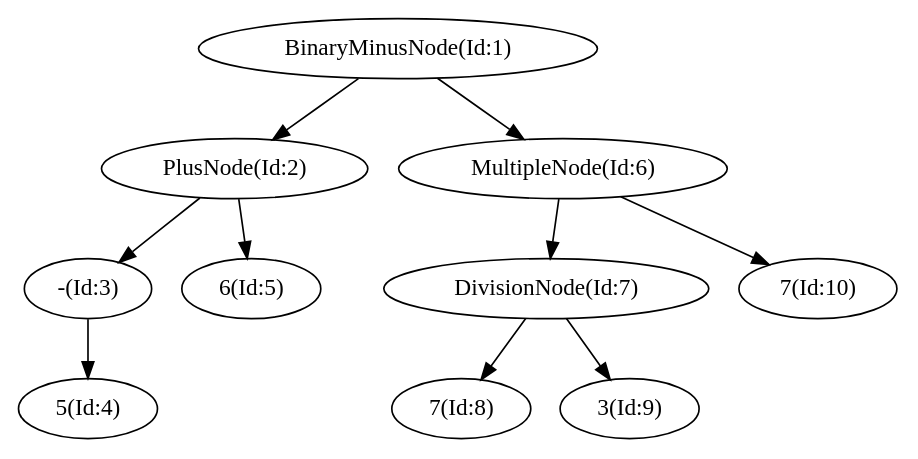
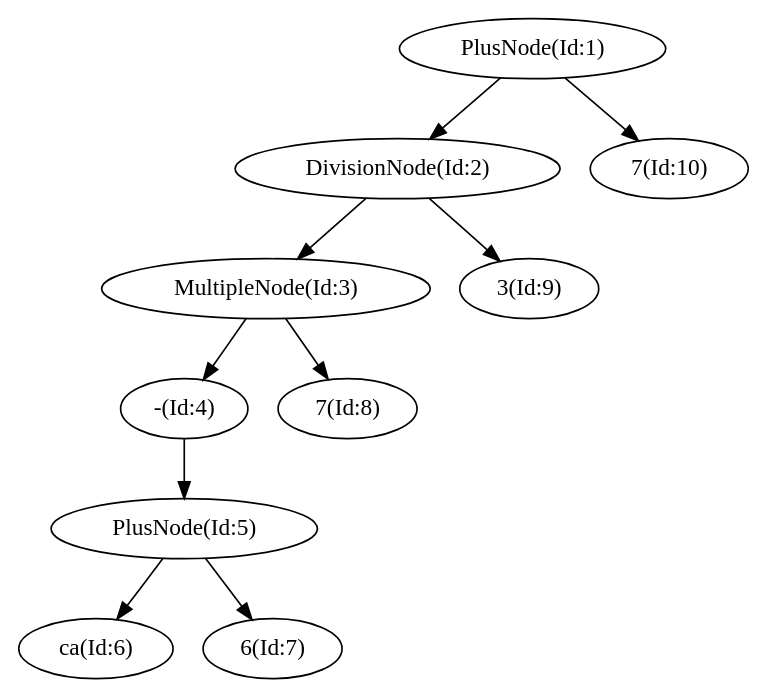
The diagram in Compiler/SyntacticalAnalyzerGenerator/LangFiles/astTree.dot (egoshin-igor/StateMachine), drawn with Graphviz before and after one commit. The commit also changed 9 other files, not shown here.

```diff
--- a/Compiler/SyntacticalAnalyzerGenerator/LangFiles/astTree.dot
+++ b/Compiler/SyntacticalAnalyzerGenerator/LangFiles/astTree.dot
@@ -1,1 +1,1 @@
-digraph G{"BinaryMinusNode(Id:1)"->"PlusNode(Id:2)";"BinaryMinusNode(Id:1)"->"MultipleNode(Id:6)";"PlusNode(Id:2)"->"-(Id:3)";"PlusNode(Id:2)"->"6(Id:5)";"-(Id:3)"->"5(Id:4)";"MultipleNode(Id:6)"->"DivisionNode(Id:7)";"MultipleNode(Id:6)"->"7(Id:10)";"DivisionNode(Id:7)"->"7(Id:8)";"DivisionNode(Id:7)"->"3(Id:9)";}
+digraph G{"PlusNode(Id:1)"->"DivisionNode(Id:2)";"PlusNode(Id:1)"->"7(Id:10)";"DivisionNode(Id:2)"->"MultipleNode(Id:3)";"DivisionNode(Id:2)"->"3(Id:9)";"MultipleNode(Id:3)"->"-(Id:4)";"MultipleNode(Id:3)"->"7(Id:8)";"-(Id:4)"->"PlusNode(Id:5)";"PlusNode(Id:5)"->"ca(Id:6)";"PlusNode(Id:5)"->"6(Id:7)";}
```
